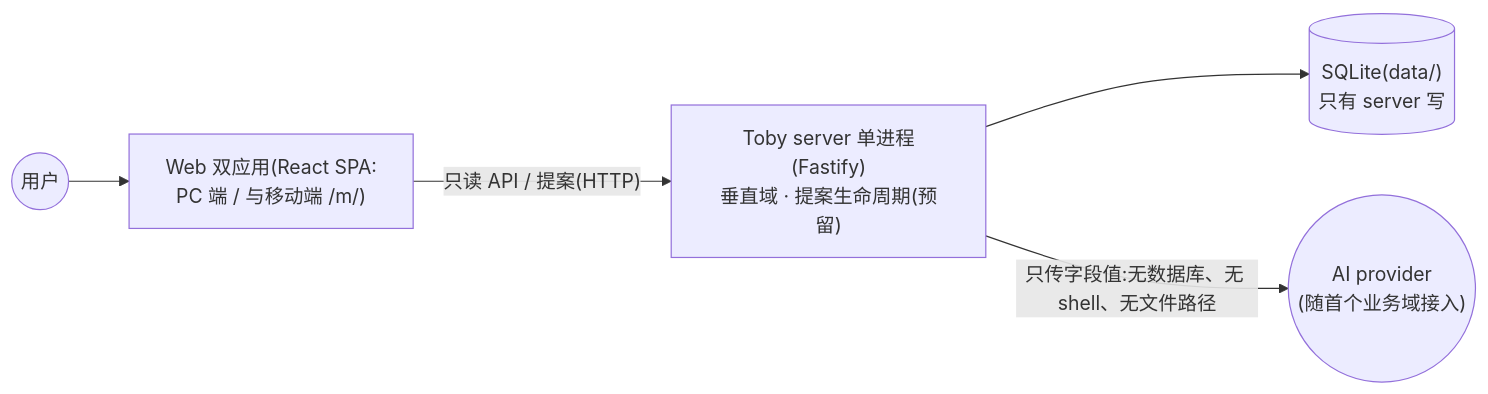
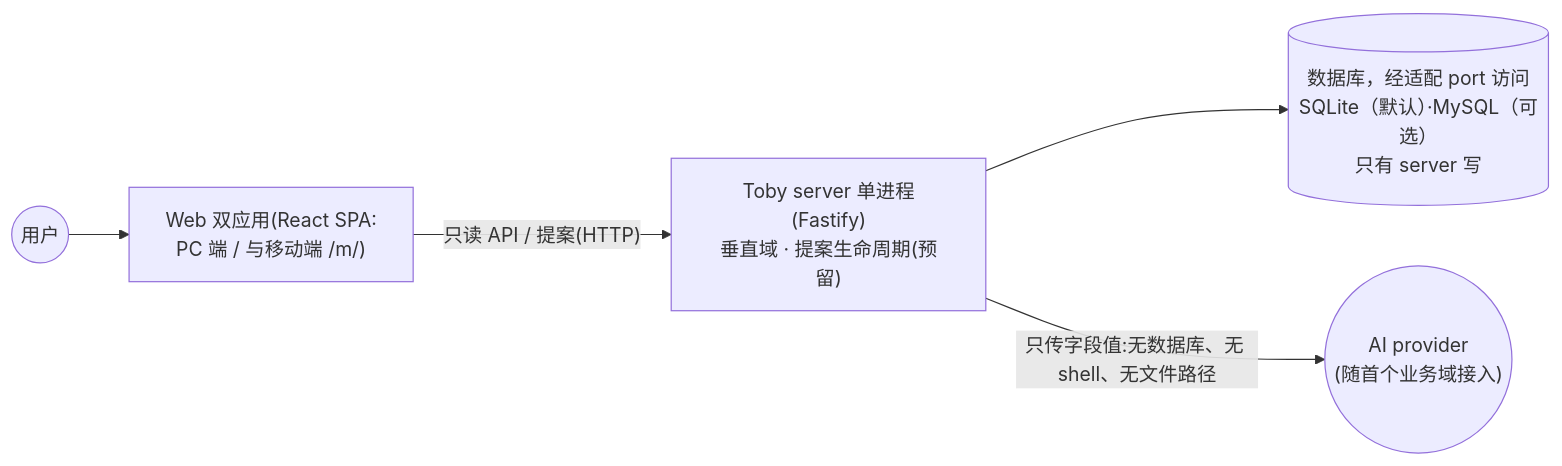
One commit to dengyusys/toby changed the first of 3 diagrams in docs/system-overview.zh.md. Above: the diagram before and after it, drawn with Mermaid. The commit also changed other lines of this file and 28 other files, not shown here.

Commit message:
feat(server): database port with sqlite and mysql adapters

````diff
--- a/docs/system-overview.zh.md
+++ b/docs/system-overview.zh.md
@@ -23,7 +23,7 @@
 ```mermaid
 flowchart LR
     U(("用户")) --> W["Web 双应用(React SPA:<br/>PC 端 / 与移动端 /m/)"]
     W -->|"只读 API / 提案(HTTP)"| S["Toby server 单进程(Fastify)<br/>垂直域 · 提案生命周期(预留)"]
-    S --> DB[("SQLite(data/)<br/>只有 server 写")]
+    S --> DB[("数据库，经适配 port 访问<br/>SQLite（默认）·MySQL（可选）<br/>只有 server 写")]
     S -->|"只传字段值:无数据库、无 shell、无文件路径"| AI(("AI provider<br/>(随首个业务域接入)"))
 ```
````
